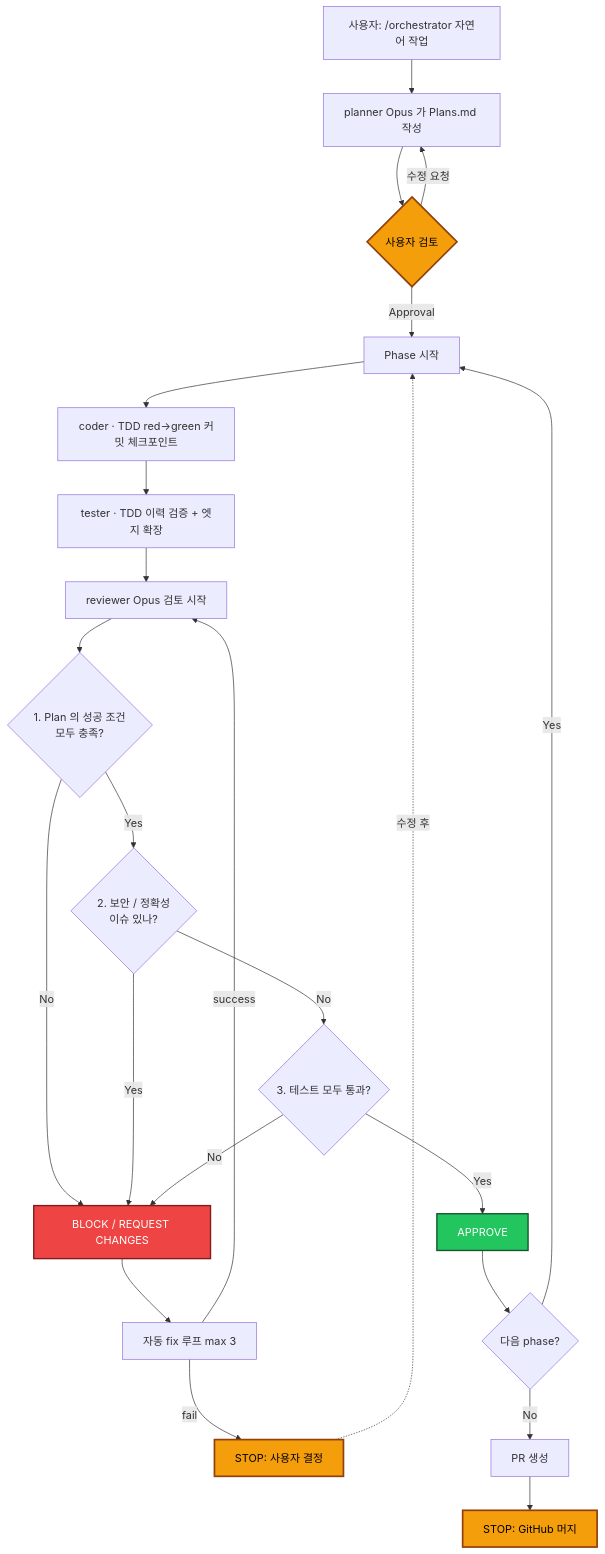
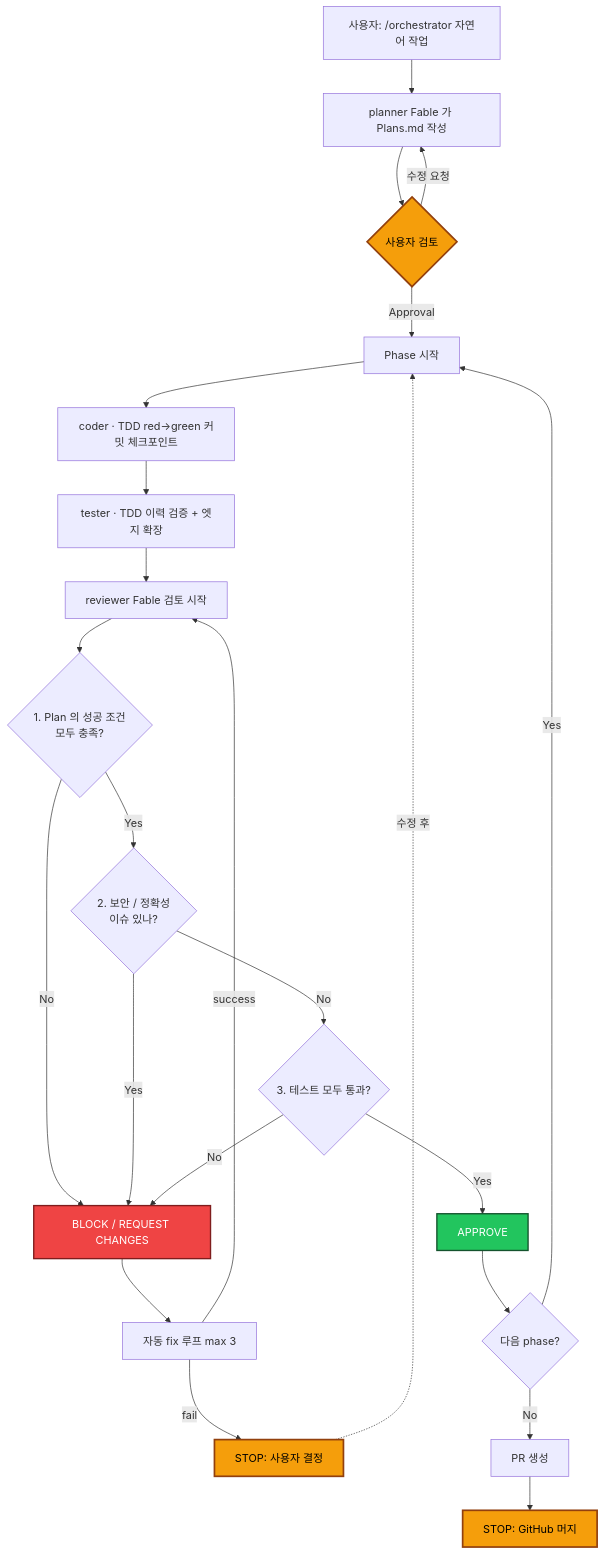
One commit to jangheejeong/claude-code-harness changed the diagram in README.md. Above: the diagram before and after it, drawn with Mermaid. The commit also changed other lines of this file and 11 other files, not shown here.

First line of the commit message:
chore: adopt advisor(fable) + worker(opus) model strategy

````diff
--- a/README.md
+++ b/README.md
@@ -187,36 +187,36 @@
 ```mermaid
 flowchart TD
-    Start[사용자: /orchestrator 자연어 작업] --> Plan[planner Opus 가 Plans.md 작성]
+    Start[사용자: /orchestrator 자연어 작업] --> Plan[planner Fable 가 Plans.md 작성]
     Plan --> Gate1{사용자 검토}
     Gate1 -->|Approval| Phase[Phase 시작]
     Gate1 -->|수정 요청| Plan
 
     Phase --> Coder[coder · TDD red→green 커밋 체크포인트]
     Coder --> Tester[tester · TDD 이력 검증 + 엣지 확장]
-    Tester --> R[reviewer Opus 검토 시작]
+    Tester --> R[reviewer Fable 검토 시작]
 
     R --> C1{1. Plan 의 성공 조건<br/>모두 충족?}
     C1 -->|No| BLOCK[BLOCK / REQUEST CHANGES]
     C1 -->|Yes| C2{2. 보안 / 정확성<br/>이슈 있나?}
     C2 -->|Yes| BLOCK
     C2 -->|No| C3{3. 테스트 모두 통과?}
     C3 -->|No| BLOCK
     C3 -->|Yes| APPROVE[APPROVE]
 
     BLOCK --> Fix[자동 fix 루프 max 3]
     Fix -->|fail| Gate2[STOP: 사용자 결정]
     Fix -->|success| R
     Gate2 -.수정 후.-> Phase
 
     APPROVE --> Next{다음 phase?}
     Next -->|Yes| Phase
     Next -->|No| PR[PR 생성]
     PR --> Gate3[STOP: GitHub 머지]
 
     classDef gate fill:#f59e0b,stroke:#92400e,stroke-width:2.5px,color:#000
     class Gate1,Gate2,Gate3 gate
     classDef block fill:#ef4444,stroke:#7f1d1d,stroke-width:2px,color:#fff
     class BLOCK block
     classDef approve fill:#22c55e,stroke:#14532d,stroke-width:2px,color:#fff
     class APPROVE approve
 ```
````
